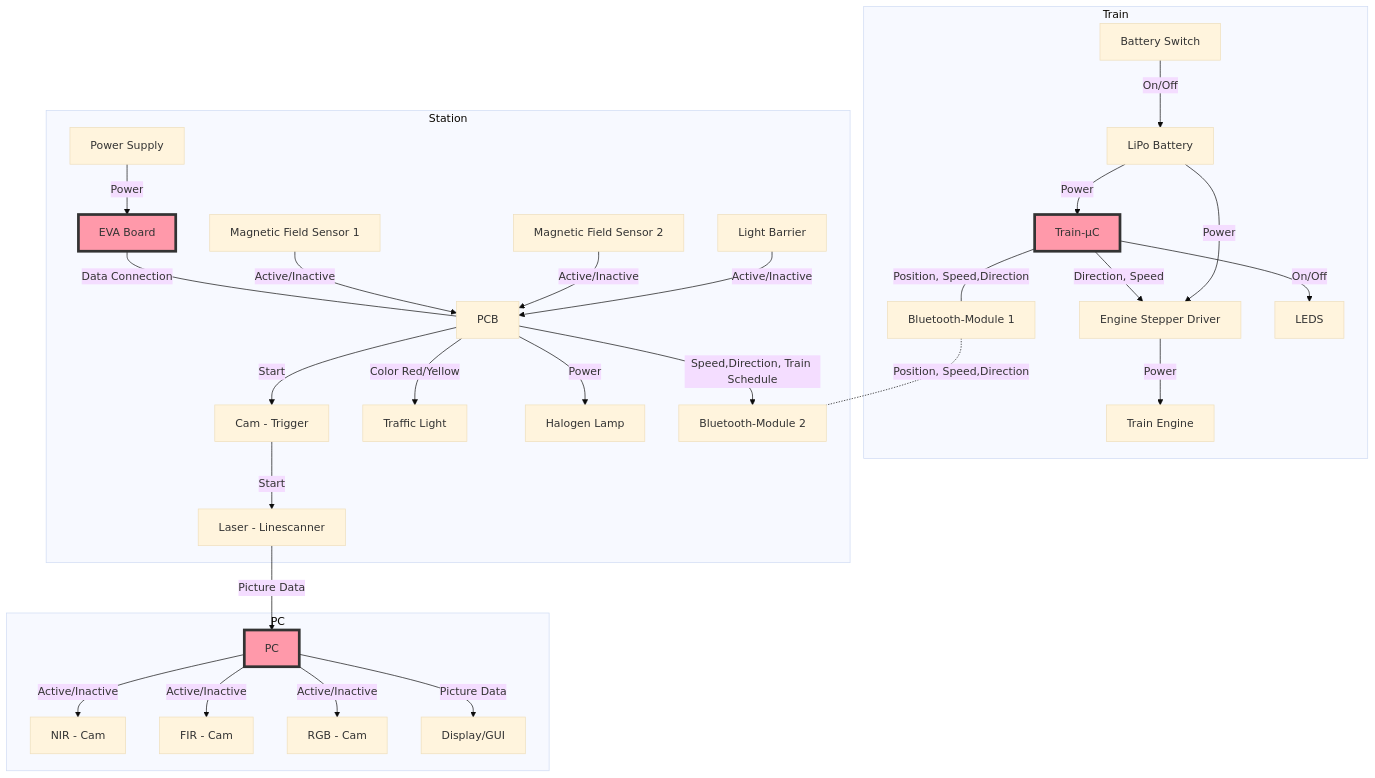
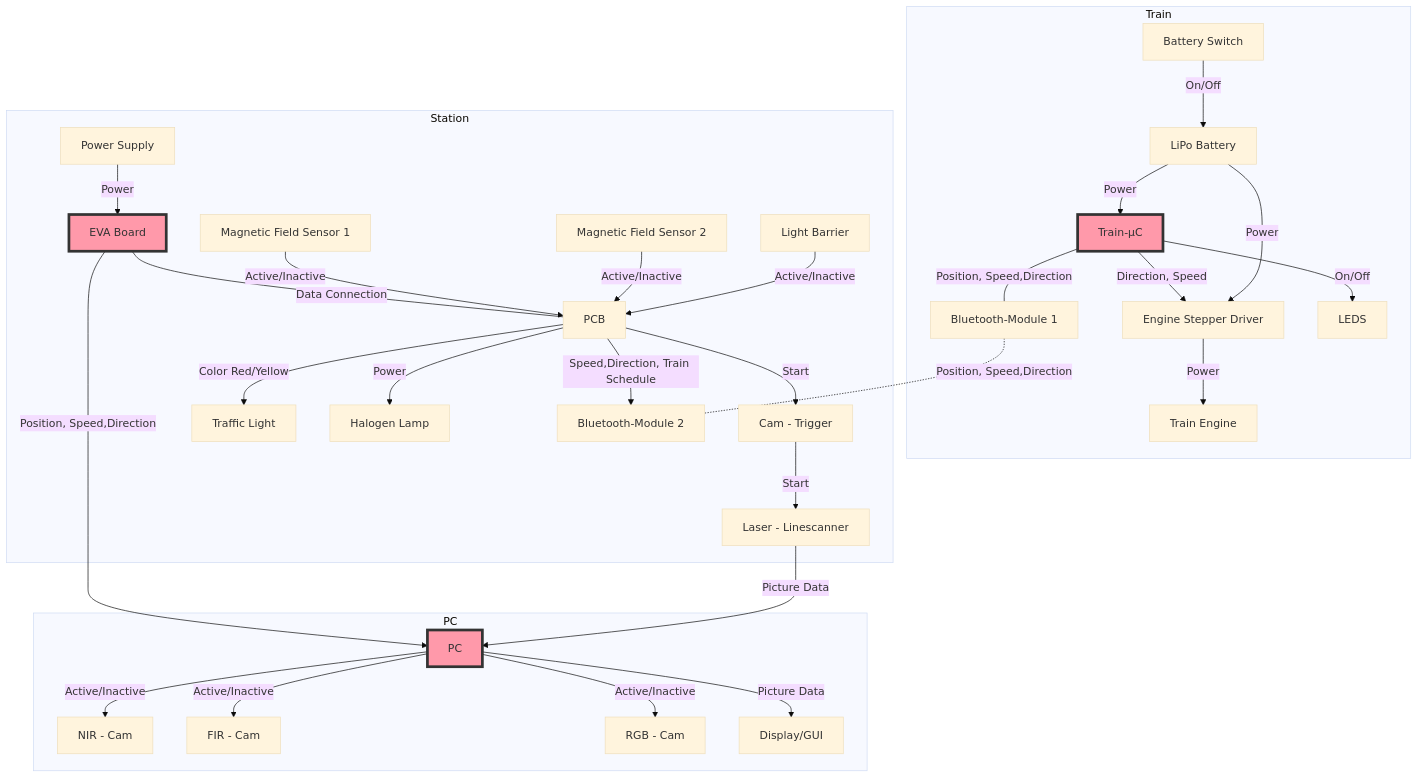
One commit to ahmadasmandar/test-doc changed the diagram in Hardware Documentation/README.md. Above: the diagram before and after it, drawn with Mermaid (base theme). The commit also changed other lines of this file, not shown here.

Commit message:
FlowChart Correction

````diff
--- a/Hardware Documentation/README.md
+++ b/Hardware Documentation/README.md
@@ -12,42 +12,42 @@
 ```mermaid
 
 graph TB
 
 style A1 fill:#f9a,stroke:#333,stroke-width:4px
 style B2 fill:#f9a,stroke:#333,stroke-width:4px
 style A3 fill:#f9a,stroke:#333,stroke-width:4px
 
 subgraph Train
 A1[Train-µC] -- Direction, Speed --> B1[Engine Stepper Driver]
 B1 -- Power -->C1[Train Engine]
 A1 -- Position, Speed,Direction ---D1[Bluetooth-Module 1]
 E1[LiPo Battery] -- Power -->A1
 E1 -- Power -->B1
 F1[Battery Switch] -- On/Off -->E1
 A1 -- On/Off --> G1[LEDS]
 end
 
 subgraph Station
 A2[Power Supply] -- Power -->B2[EVA Board]
 B2 -- Data Connection ---C2[PCB]
 C2 -- Start -->D2[Cam - Trigger]
 D2 -- Start -->E2[Laser - Linescanner]
 C2 -- Color Red/Yellow -->F2[Traffic Light]
 G2[Magnetic Field Sensor 1] -- Active/Inactive -->C2
 H2[Magnetic Field Sensor 2] -- Active/Inactive -->C2
 C2 -- Power -->I2[Halogen Lamp]
 J2[Light Barrier] -- Active/Inactive -->C2
 C2 -- Speed,Direction, Train Schedule -->K2[Bluetooth-Module 2]
 end
 
 subgraph PC
 A3[PC] -- Active/Inactive --> B3[NIR - Cam]
 A3 -- Active/Inactive --> C3[FIR - Cam]
 A3 -- Active/Inactive --> D3[RGB - Cam]
 A3 -- Picture Data -->E3[Display/GUI]
 end
-
+B2 -- Position, Speed,Direction -->A3
 E2 -- Picture Data --> A3
 D1-. Position, Speed,Direction .-K2
 
 ```
````
